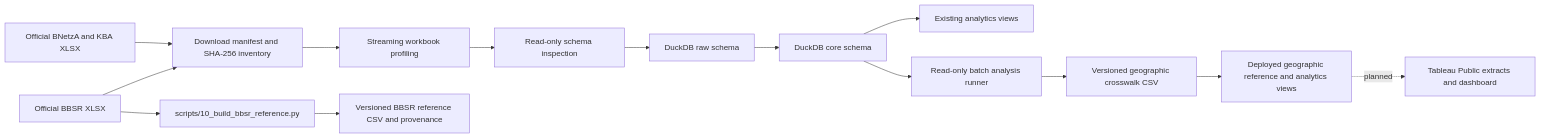
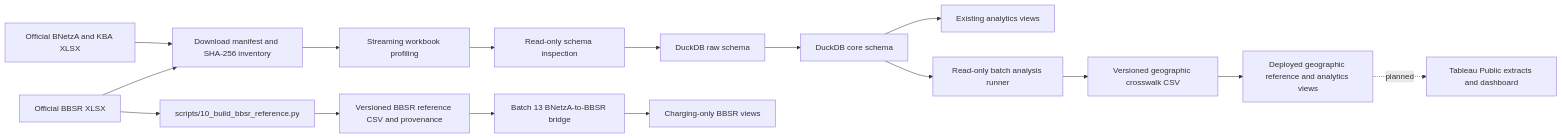
One commit to sonazariso/germany-ev-charging-analytics changed the diagram in README.md. Above: the diagram before and after it, drawn with Mermaid. The commit also changed other lines of this file and 17 other files, not shown here.

Commit message:
feat: deploy BBSR charging-only analytics (Batch 13)

```diff
--- a/README.md
+++ b/README.md
@@ -56,16 +56,18 @@
 ~~~mermaid
 flowchart LR
     A[Official BNetzA and KBA XLSX] --> B[Download manifest and SHA-256 inventory]
     A2[Official BBSR XLSX] --> B
     B --> C[Streaming workbook profiling]
     C --> D[Read-only schema inspection]
     D --> E[DuckDB raw schema]
     E --> F[DuckDB core schema]
     F --> G[Existing analytics views]
     F --> H[Read-only batch analysis runner]
     H --> I[Versioned geographic crosswalk CSV]
     I --> J[Deployed geographic reference and analytics views]
     A2 --> L[scripts/10_build_bbsr_reference.py]
     L --> M[Versioned BBSR reference CSV and provenance]
+    M --> N[Batch 13 BNetzA-to-BBSR bridge]
+    N --> O[Charging-only BBSR views]
     J -. planned .-> K[Tableau Public extracts and dashboard]
 ~~~
```
